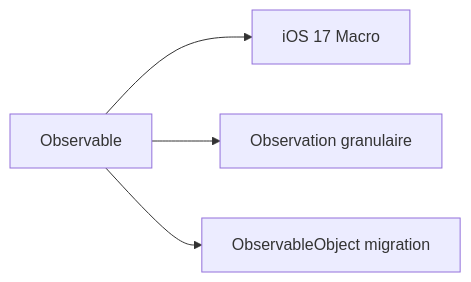
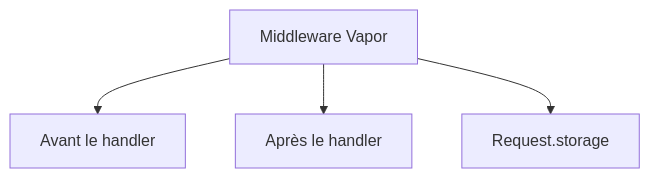
Diagram 19 of 45 in docs/glossaire/developpement-mobile.md (zyrass/omnydocs), drawn with Mermaid before and after one commit. The commit also changed other lines of this file and 959 other files, not shown here.

````diff
--- a/docs/glossaire/developpement-mobile.md
+++ b/docs/glossaire/developpement-mobile.md
@@ -651,6 +687,6 @@
-    ```mermaid
-    graph LR
-        A[Observable] --> B[iOS 17 Macro]
-        A --> C[Observation granulaire]
-        A --> D[ObservableObject migration]
-    ```
+```mermaid
+flowchart TB
+    A["Middleware Vapor"] --> B["Avant le handler"]
+    A --> C["Après le handler"]
+    A --> D["Request.storage"]
+```
````
